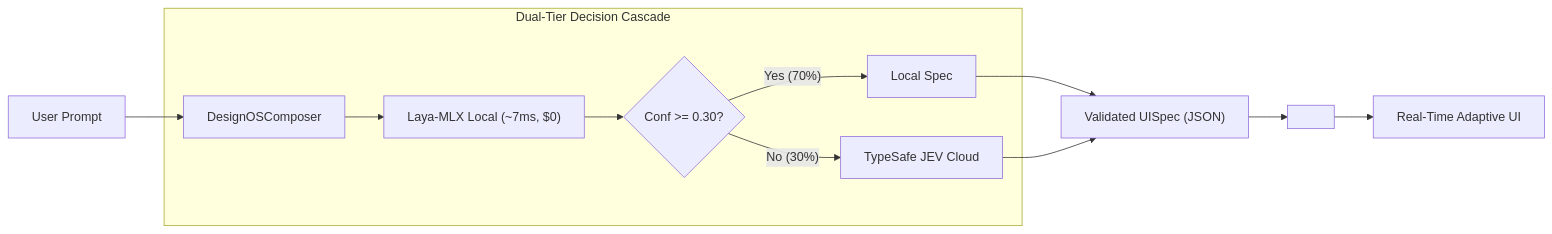
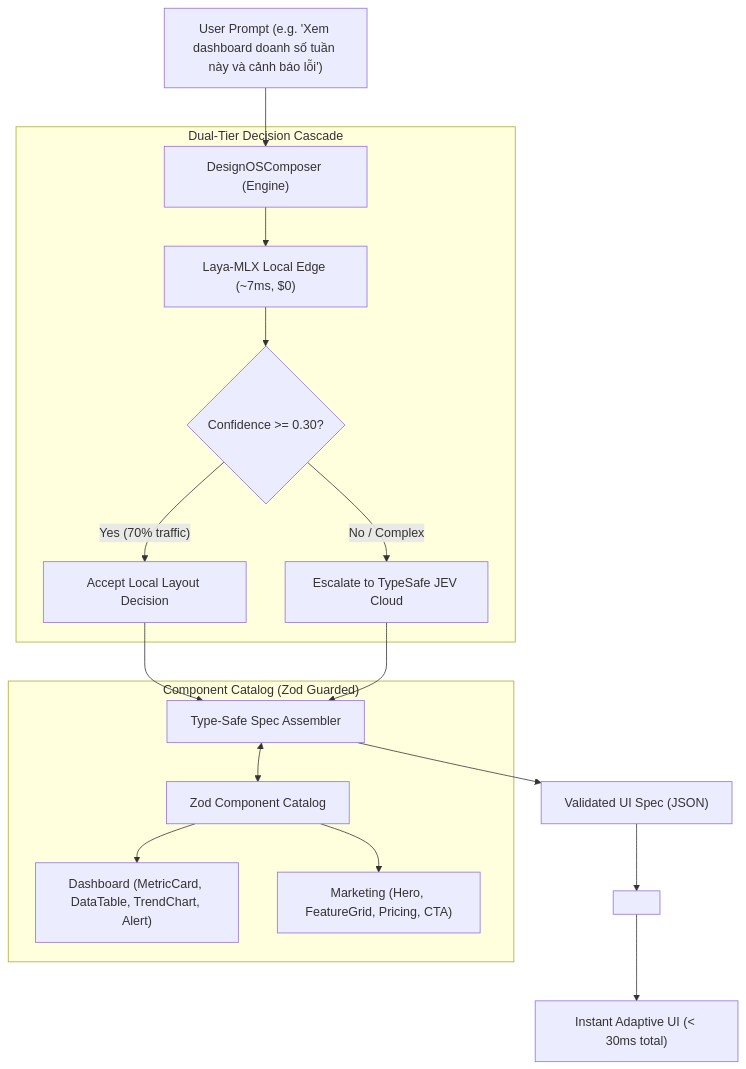
Before and after one commit to jangtrinh/design-os-generative-ui: the diagram in README.md, drawn with Mermaid. The commit also changed other lines of this file, not shown here.

Commit message:
docs: expand README with badges, custom catalog extension recipe, and live data binding

````diff
--- a/README.md
+++ b/README.md
@@ -21,17 +30,24 @@
 ```mermaid
-flowchart LR
-    Prompt["User Prompt"] --> Composer["DesignOSComposer"]
+flowchart TD
+    UserPrompt["User Prompt (e.g. 'Xem dashboard doanh số tuần này và cảnh báo lỗi')"] --> Composer["DesignOSComposer (Engine)"]
     
-    subgraph Cascade ["Dual-Tier Decision Cascade"]
-        Composer --> Laya["Laya-MLX Local (~7ms, $0)"]
-        Laya --> Check{"Conf >= 0.30?"}
-        Check -- "Yes (70%)" --> LocalResult["Local Spec"]
-        Check -- "No (30%)" --> Jev["TypeSafe JEV Cloud"]
+    subgraph System1Cascade ["Dual-Tier Decision Cascade"]
+        Composer --> LocalLaya["Laya-MLX Local Edge (~7ms, $0)"]
+        LocalLaya --> CheckConf{"Confidence >= 0.30?"}
+        CheckConf -- "Yes (70% traffic)" --> LocalSpec["Accept Local Layout Decision"]
+        CheckConf -- "No / Complex" --> Escalation["Escalate to TypeSafe JEV Cloud"]
     end
     
-    LocalResult --> Spec["Validated UISpec (JSON)"]
-    Jev --> Spec
+    LocalSpec --> SpecAssembler["Type-Safe Spec Assembler"]
+    Escalation --> SpecAssembler
     
-    Spec --> Renderer["<DesignOSRenderer spec={spec} />"]
-    Renderer --> UI["Real-Time Adaptive UI"]
+    subgraph CatalogRegistry ["Component Catalog (Zod Guarded)"]
+        SpecAssembler <--> Registry["Zod Component Catalog"]
+        Registry --> DashboardGroup["Dashboard (MetricCard, DataTable, TrendChart, Alert)"]
+        Registry --> MarketingGroup["Marketing (Hero, FeatureGrid, Pricing, CTA)"]
+    end
+    
+    SpecAssembler --> UISpec["Validated UI Spec (JSON)"]
+    UISpec --> Renderer["<DesignOSRenderer spec={spec} />"]
+    Renderer --> FinalDOM["Instant Adaptive UI (< 30ms total)"]
 ```
````
